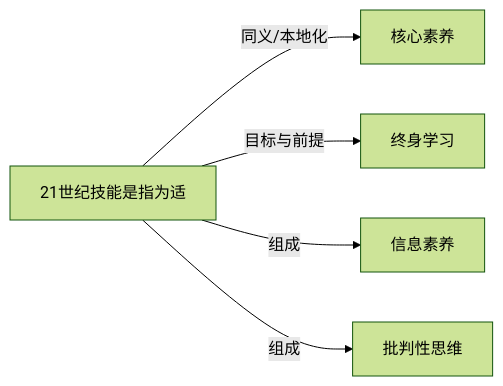
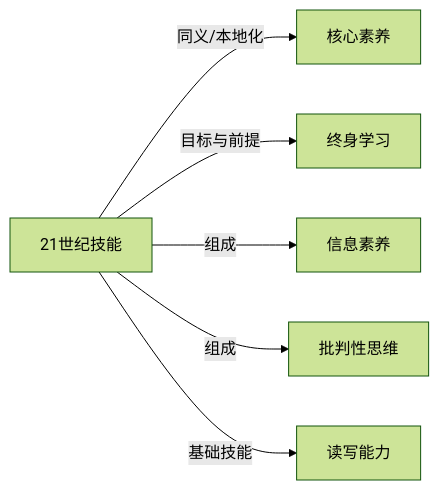
One commit to KIMMCHOW/MyKnowledge changed the diagram in Knowledge/Concepts/教育/21世纪技能.md. Above: the diagram before and after it, drawn with Mermaid (forest theme). The commit also changed 96 other files, not shown here.

Commit message:
fix: 修复概念页关系图节点并补齐缺失关联

````diff
--- a/Knowledge/Concepts/教育/21世纪技能.md
+++ b/Knowledge/Concepts/教育/21世纪技能.md
@@ -46,7 +46,8 @@
 ```mermaid
 graph LR
-    21世纪技能是指为适 -->|同义/本地化| 核心素养
-    21世纪技能是指为适 -->|目标与前提| 终身学习
-    21世纪技能是指为适 -->|组成| 信息素养
-    21世纪技能是指为适 -->|组成| 批判性思维
+21世纪技能 -->|同义/本地化| 核心素养
+21世纪技能 -->|目标与前提| 终身学习
+21世纪技能 -->|组成| 信息素养
+21世纪技能 -->|组成| 批判性思维
+21世纪技能 -->|基础技能| 读写能力
 ```
````
